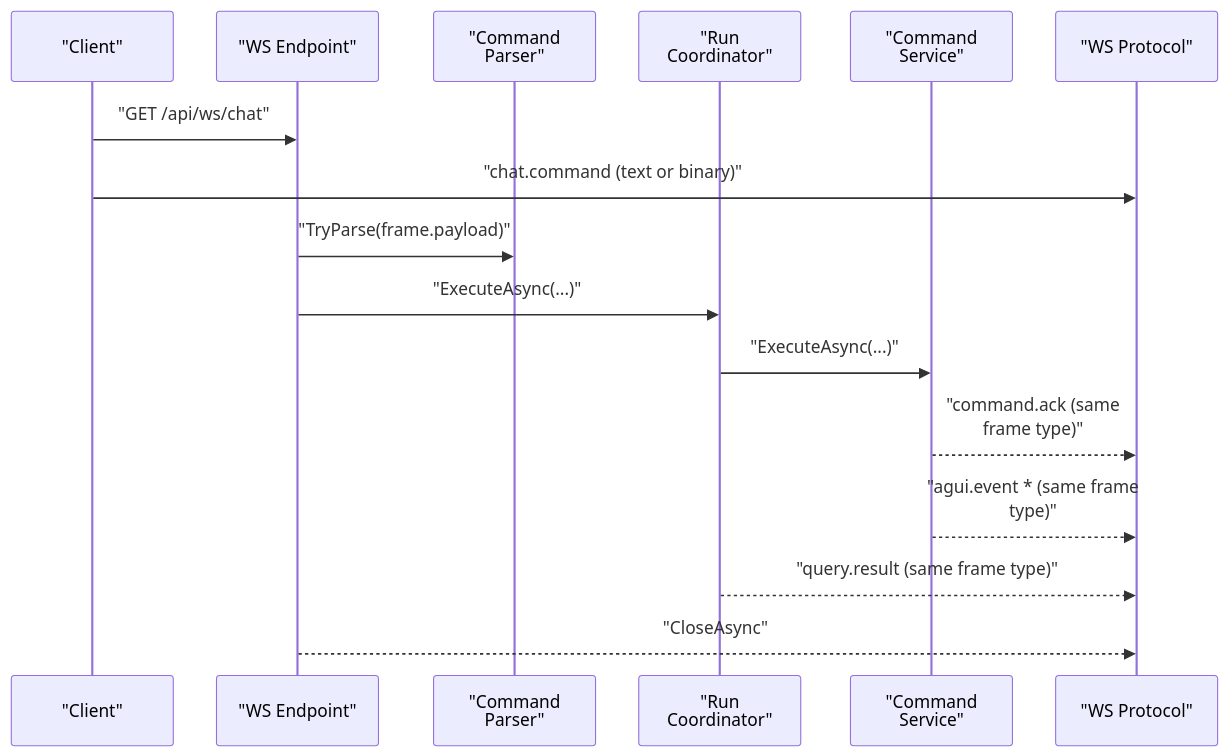
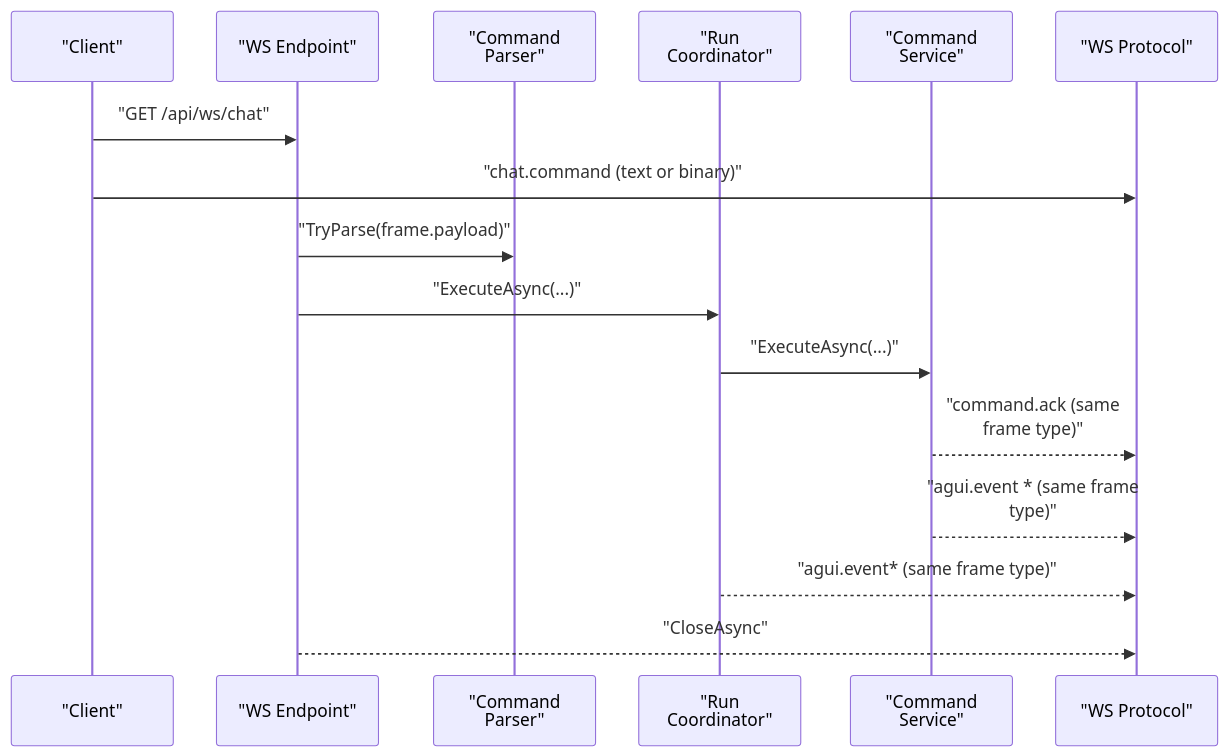
One commit to aevatarAI/aevatar changed the third of 5 diagrams in docs/WORKFLOW_LLM_STREAMING_ARCHITECTURE.md. Above: the diagram before and after it, drawn with Mermaid. The commit also changed other lines of this file and 21 other files, not shown here.

First line of the commit message:
Refactor Workflow LLM streaming architecture for improved event handling and message types

````diff
--- a/docs/WORKFLOW_LLM_STREAMING_ARCHITECTURE.md
+++ b/docs/WORKFLOW_LLM_STREAMING_ARCHITECTURE.md
@@ -153,20 +153,20 @@
 ```mermaid
 %%{init: {"maxTextSize": 100000, "flowchart": {"useMaxWidth": false, "nodeSpacing": 10, "rankSpacing": 50}, "themeVariables": {"fontSize": "10px"}, "sequence": {"useMaxWidth": false, "actorFontSize": 10, "messageFontSize": 10, "noteFontSize": 10, "actorMargin": 40, "messageMargin": 12, "diagramMarginX": 16, "diagramMarginY": 16, "wrap": true}}}%%
 sequenceDiagram
     participant CL as "Client"
     participant API as "WS Endpoint"
     participant PRS as "Command Parser"
     participant RUN as "Run Coordinator"
     participant CMD as "Command Service"
     participant WS as "WS Protocol"
 
     CL->>API: "GET /api/ws/chat"
     CL->>WS: "chat.command (text or binary)"
     API->>PRS: "TryParse(frame.payload)"
     API->>RUN: "ExecuteAsync(...)"
     RUN->>CMD: "ExecuteAsync(...)"
     CMD-->>WS: "command.ack (same frame type)"
     CMD-->>WS: "agui.event * (same frame type)"
-    RUN-->>WS: "query.result (same frame type)"
+    RUN-->>WS: "agui.event* (same frame type)"
     API-->>WS: "CloseAsync"
 ```
````
